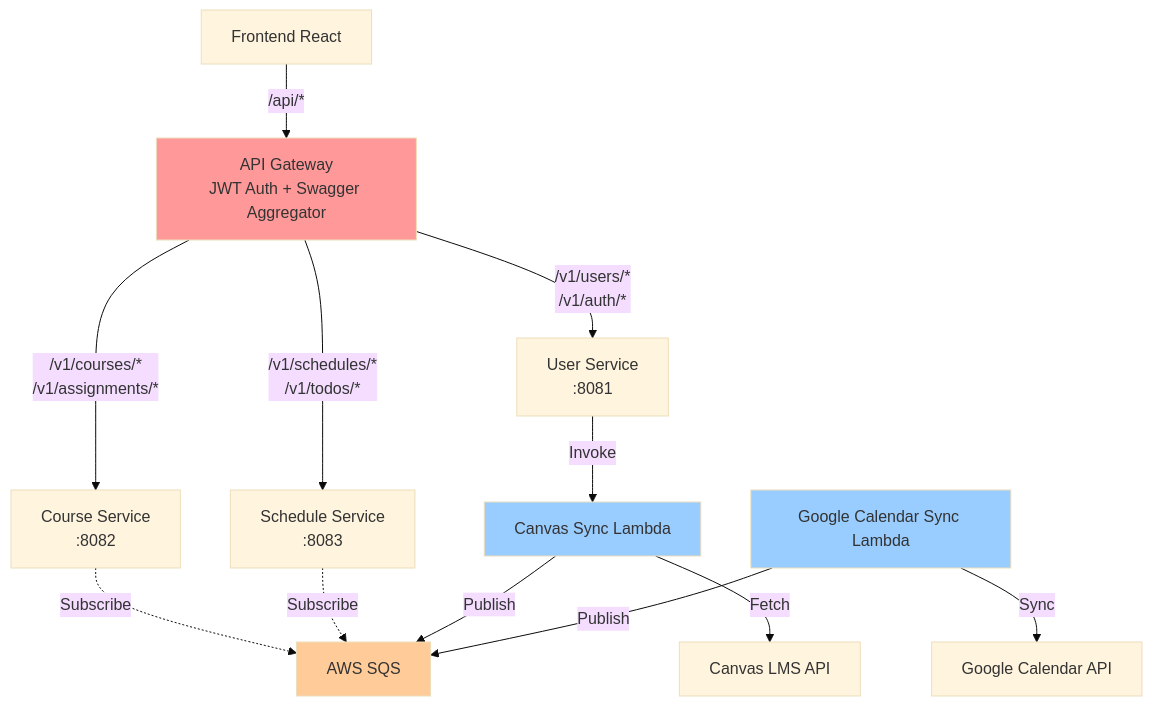
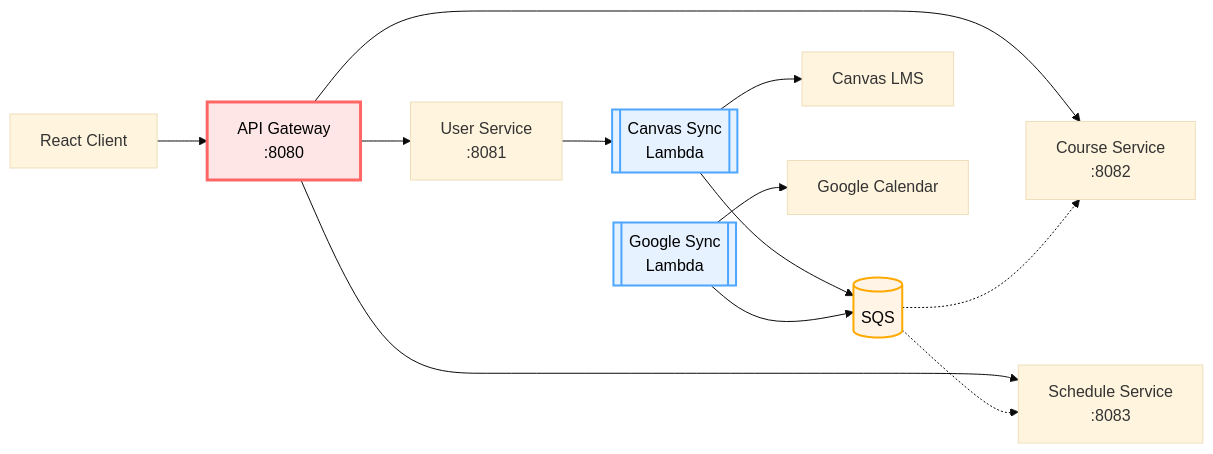
One commit to SolidCitadel/UniSync changed the diagram in README.md. Above: the diagram before and after it, drawn with Mermaid (base theme). The commit also changed other lines of this file, not shown here.

Commit message:
docs: 아키텍처 다이어그램 개선

````diff
--- a/README.md
+++ b/README.md
@@ -40,33 +40,33 @@
 ```mermaid
-graph TB
-    Client[Frontend React]
-    Gateway[API Gateway<br/>JWT Auth + Swagger Aggregator]
+flowchart LR
+    Client[React Client]
+    Gateway[API Gateway<br/>:8080]
 
     User[User Service<br/>:8081]
     Course[Course Service<br/>:8082]
     Schedule[Schedule Service<br/>:8083]
 
-    SQS[AWS SQS]
-    CanvasLambda[Canvas Sync Lambda]
-    GoogleLambda[Google Calendar Sync Lambda]
+    SQS[(SQS)]
+    Canvas[[Canvas Sync<br/>Lambda]]
+    Google[[Google Sync<br/>Lambda]]
 
-    Client -->|/api/*| Gateway
-    Gateway -->|/v1/users/*<br/>/v1/auth/*| User
-    Gateway -->|/v1/courses/*<br/>/v1/assignments/*| Course
-    Gateway -->|/v1/schedules/*<br/>/v1/todos/*| Schedule
+    CanvasAPI[Canvas LMS]
+    GoogleAPI[Google Calendar]
 
-    User -->|Invoke| CanvasLambda
-    Course -.->|Subscribe| SQS
-    Schedule -.->|Subscribe| SQS
+    Client --> Gateway
+    Gateway --> User & Course & Schedule
 
-    CanvasLambda -->|Publish| SQS
-    GoogleLambda -->|Publish| SQS
+    User --> Canvas
+    Canvas --> SQS
+    Google --> SQS
 
-    CanvasLambda -->|Fetch| CanvasAPI[Canvas LMS API]
-    GoogleLambda -->|Sync| GoogleAPI[Google Calendar API]
+    SQS -.-> Course & Schedule
 
-    style Gateway fill:#ff9999
-    style SQS fill:#ffcc99
-    style CanvasLambda fill:#99ccff
-    style GoogleLambda fill:#99ccff
+    Canvas --> CanvasAPI
+    Google --> GoogleAPI
+
+    style Gateway fill:#ffe6e6,stroke:#ff6666,stroke-width:3px,color:#000
+    style SQS fill:#fff4e6,stroke:#ffaa00,stroke-width:2px,color:#000
+    style Canvas fill:#e6f2ff,stroke:#4da6ff,stroke-width:2px,color:#000
+    style Google fill:#e6f2ff,stroke:#4da6ff,stroke-width:2px,color:#000
 ```
````
